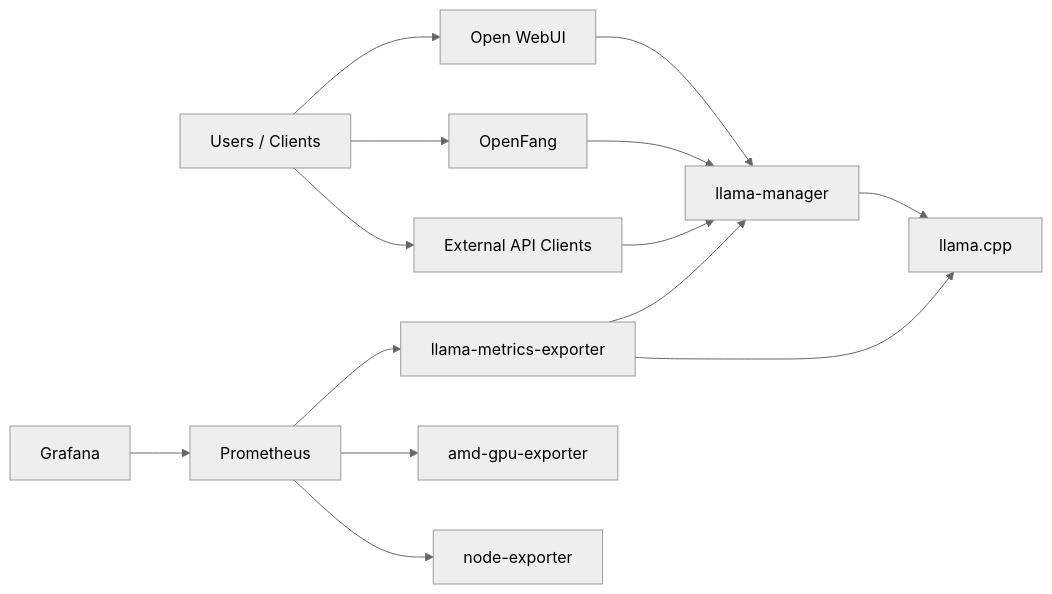
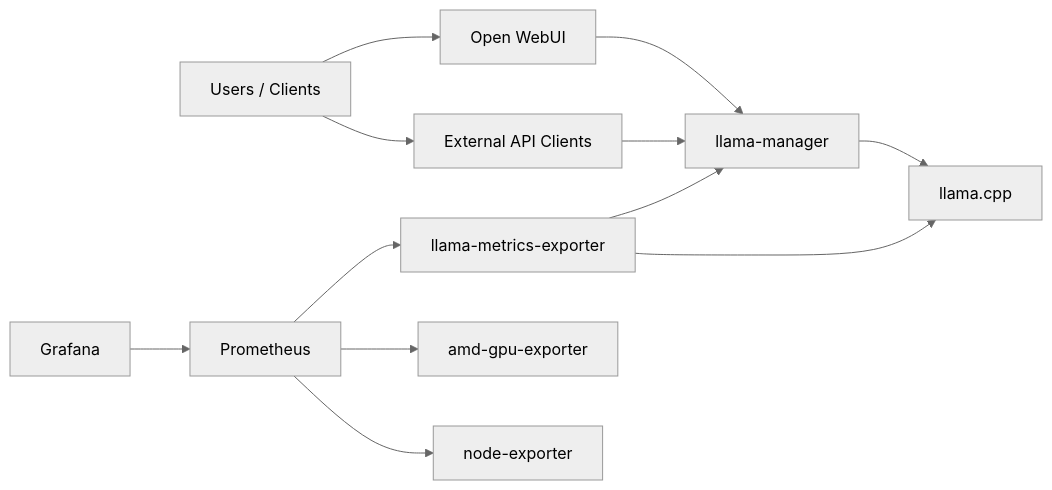
One commit to rozsival/panther-minor changed the diagram in README.md. Above: the diagram before and after it, drawn with Mermaid (neutral theme). The commit also changed other lines of this file and 10 other files, not shown here.

````diff
--- a/README.md
+++ b/README.md
@@ -33,20 +32,18 @@
 ```mermaid
 flowchart LR
     U[Users / Clients] --> W[Open WebUI]
-    U --> F[OpenFang]
     U --> A[External API Clients]
 
     W --> M[llama-manager]
-    F --> M
     A --> M
 
     M --> L[llama.cpp]
 
     P[Prometheus] --> X[llama-metrics-exporter]
     P --> G[amd-gpu-exporter]
     P --> N[node-exporter]
     X --> M
     X --> L
 
     D[Grafana] --> P
 ```
````
